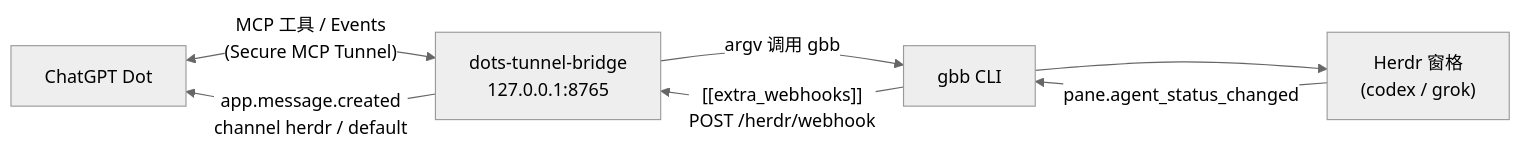
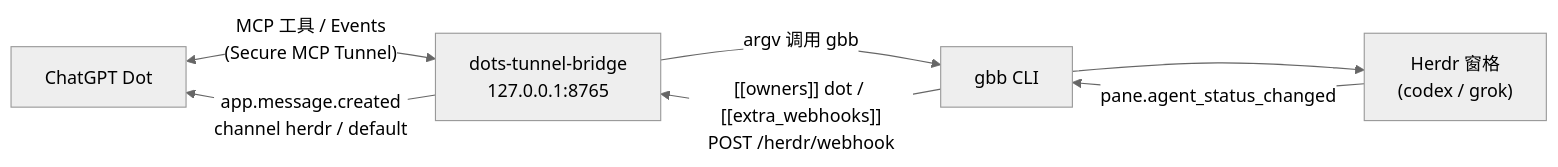
Before and after one commit to Phoobobo/dots-tunnel-bridge: the diagram in docs/HERDR.md, drawn with Mermaid (neutral theme). The commit also changed other lines of this file and 4 other files, not shown here.

````diff
--- a/docs/HERDR.md
+++ b/docs/HERDR.md
@@ -13,9 +13,9 @@
 ```mermaid
 flowchart LR
   Dot["ChatGPT Dot"] <-->|"MCP 工具 / Events<br/>(Secure MCP Tunnel)"| BR["dots-tunnel-bridge<br/>127.0.0.1:8765"]
   BR -->|"argv 调用 gbb"| GBB["gbb CLI"]
   GBB --> H["Herdr 窗格<br/>(codex / grok)"]
   H -->|"pane.agent_status_changed"| GBB
-  GBB -->|"[[extra_webhooks]]<br/>POST /herdr/webhook"| BR
+  GBB -->|"[[owners]] dot / [[extra_webhooks]]<br/>POST /herdr/webhook"| BR
   BR -->|"app.message.created<br/>channel herdr / default"| Dot
 ```
````
